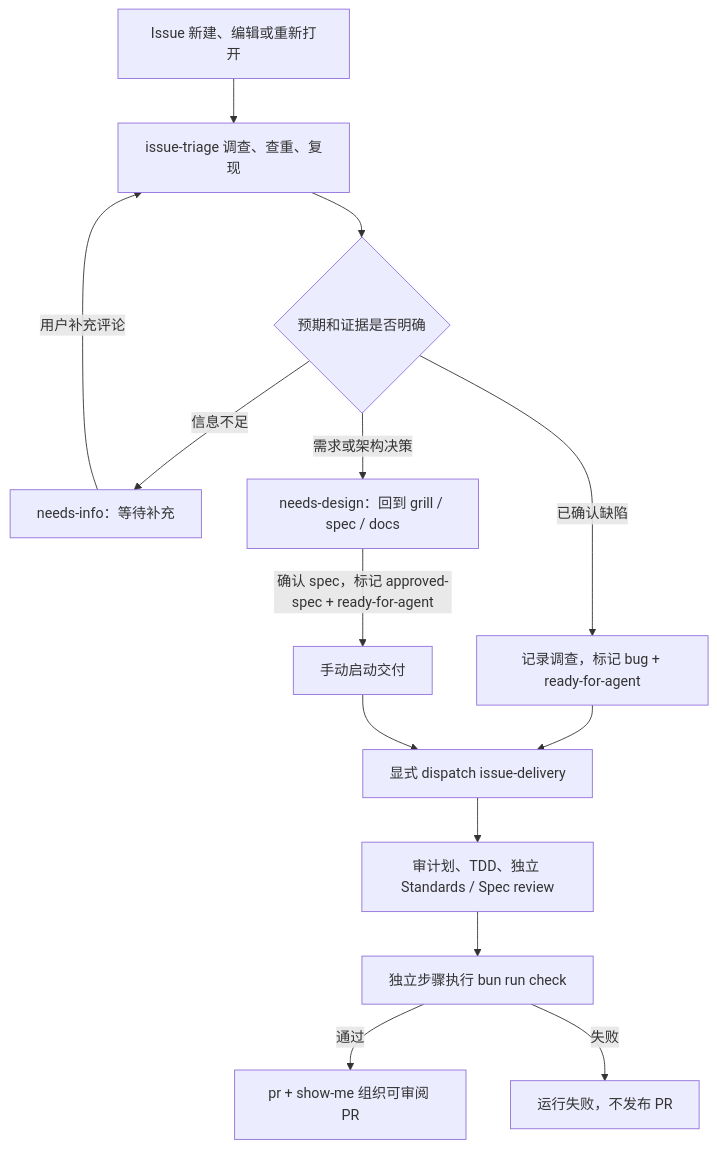
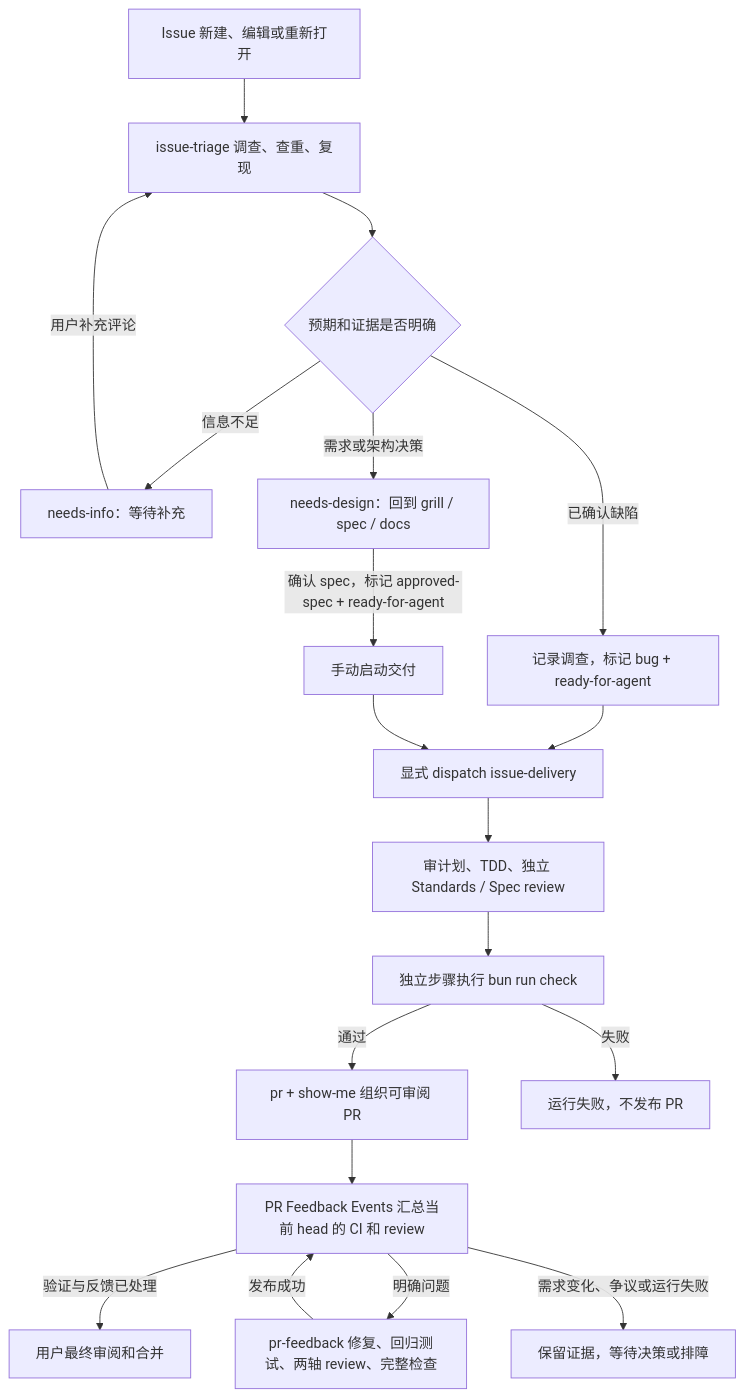
Before and after one commit to ZWkang/nodebraid: the diagram in docs/agents/agentic-workflows.md, drawn with Mermaid. The commit also changed other lines of this file and 11 other files, not shown here.

````diff
--- a/docs/agents/agentic-workflows.md
+++ b/docs/agents/agentic-workflows.md
@@ -8,16 +8,21 @@
 ```mermaid
 flowchart TD
   A[Issue 新建、编辑或重新打开] --> B[issue-triage 调查、查重、复现]
   B --> C{预期和证据是否明确}
   C -->|信息不足| D[needs-info：等待补充]
   D -->|用户补充评论| B
   C -->|需求或架构决策| E[needs-design：回到 grill / spec / docs]
   C -->|已确认缺陷| F[记录调查，标记 bug + ready-for-agent]
   F --> G[显式 dispatch issue-delivery]
   E -->|确认 spec，标记 approved-spec + ready-for-agent| H[手动启动交付]
   H --> G
   G --> I[审计划、TDD、独立 Standards / Spec review]
   I --> J[独立步骤执行 bun run check]
   J -->|通过| K[pr + show-me 组织可审阅 PR]
   J -->|失败| L[运行失败，不发布 PR]
+  K --> M[PR Feedback Events 汇总当前 head 的 CI 和 review]
+  M -->|明确问题| N[pr-feedback 修复、回归测试、两轴 review、完整检查]
+  N -->|发布成功| M
+  M -->|验证与反馈已处理| O[用户最终审阅和合并]
+  M -->|需求变化、争议或运行失败| P[保留证据，等待决策或排障]
 ```
````
